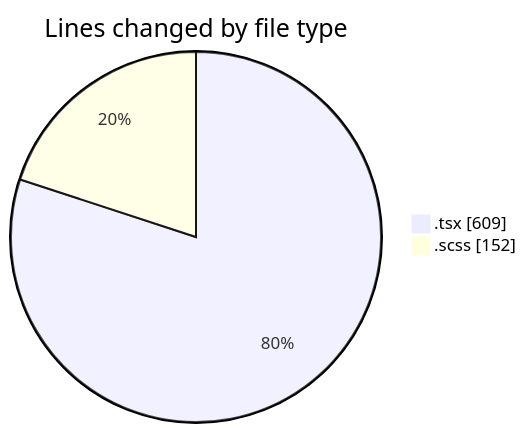
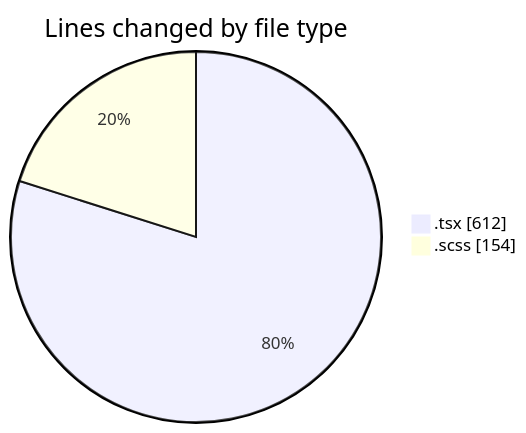
Before and after one commit to momahboobian/code-tracking: the first of 2 diagrams in 2025-10-01/cda/README.md, drawn with Mermaid. The commit also changed other lines of this file and 1 other file, not shown here.

````diff
--- a/2025-10-01/cda/README.md
+++ b/2025-10-01/cda/README.md
@@ -22,6 +22,6 @@
 ```mermaid
 pie showData
 title Lines changed by file type
-".tsx" : 609
-".scss" : 152
+".tsx" : 612
+".scss" : 154
 ```
````
